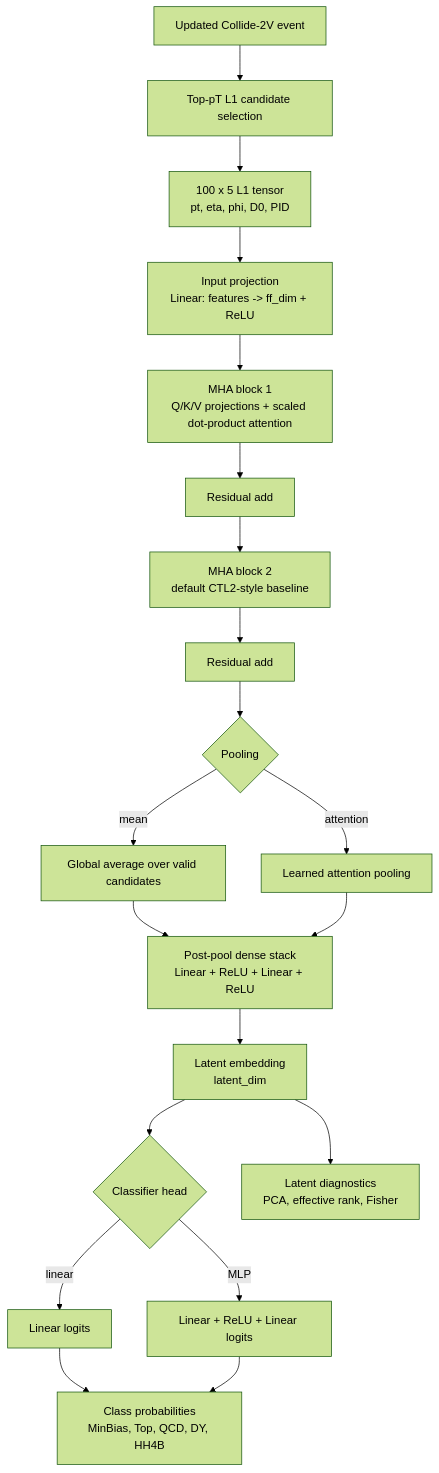
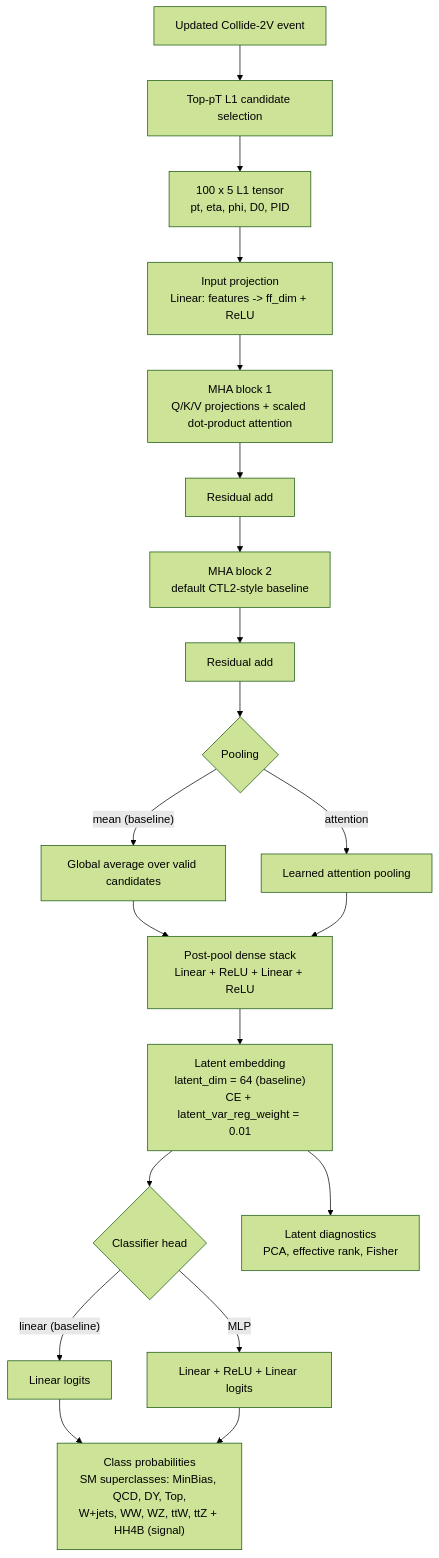
The diagram in ctl2_embedding_model/README.md (imstefleon/NGT-WP3-Representation-Learning-LHC-Triggers), drawn with Mermaid (forest theme) before and after one commit. The commit also changed other lines of this file and 9 other files, not shown here.

````diff
--- a/ctl2_embedding_model/README.md
+++ b/ctl2_embedding_model/README.md
@@ -80,26 +80,26 @@
 ```mermaid
 flowchart TD
     A["Updated Collide-2V event"] --> B["Top-pT L1 candidate selection"]
     B --> C["100 x 5 L1 tensor<br/>pt, eta, phi, D0, PID"]
     C --> D["Input projection<br/>Linear: features -> ff_dim + ReLU"]
 
     D --> E1["MHA block 1<br/>Q/K/V projections + scaled dot-product attention"]
     E1 --> R1["Residual add"]
     R1 --> E2["MHA block 2<br/>default CTL2-style baseline"]
     E2 --> R2["Residual add"]
 
     R2 --> P{"Pooling"}
-    P -->|"mean"| PM["Global average over valid candidates"]
+    P -->|"mean (baseline)"| PM["Global average over valid candidates"]
     P -->|"attention"| PA["Learned attention pooling"]
 
     PM --> H["Post-pool dense stack<br/>Linear + ReLU + Linear + ReLU"]
     PA --> H
-    H --> Z["Latent embedding<br/>latent_dim"]
+    H --> Z["Latent embedding<br/>latent_dim = 64 (baseline)<br/>CE + latent_var_reg_weight = 0.01"]
     Z --> CL{"Classifier head"}
-    CL -->|"linear"| L["Linear logits"]
+    CL -->|"linear (baseline)"| L["Linear logits"]
     CL -->|"MLP"| M["Linear + ReLU + Linear logits"]
 
     Z --> Q["Latent diagnostics<br/>PCA, effective rank, Fisher"]
-    L --> O["Class probabilities<br/>MinBias, Top, QCD, DY, HH4B"]
+    L --> O["Class probabilities<br/>SM superclasses: MinBias, QCD, DY, Top,<br/>W+jets, WW, WZ, ttW, ttZ + HH4B (signal)"]
     M --> O
 ```
````
